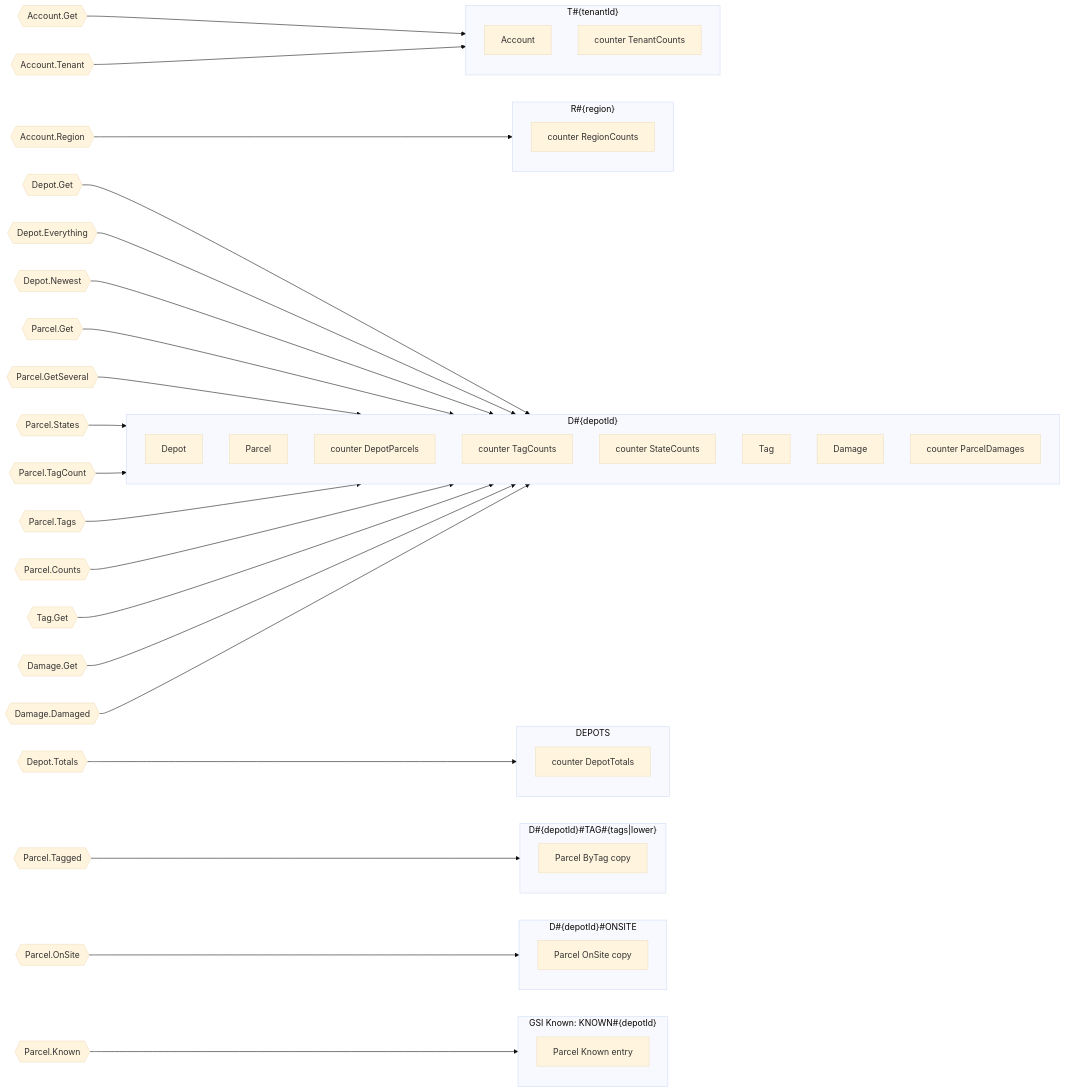
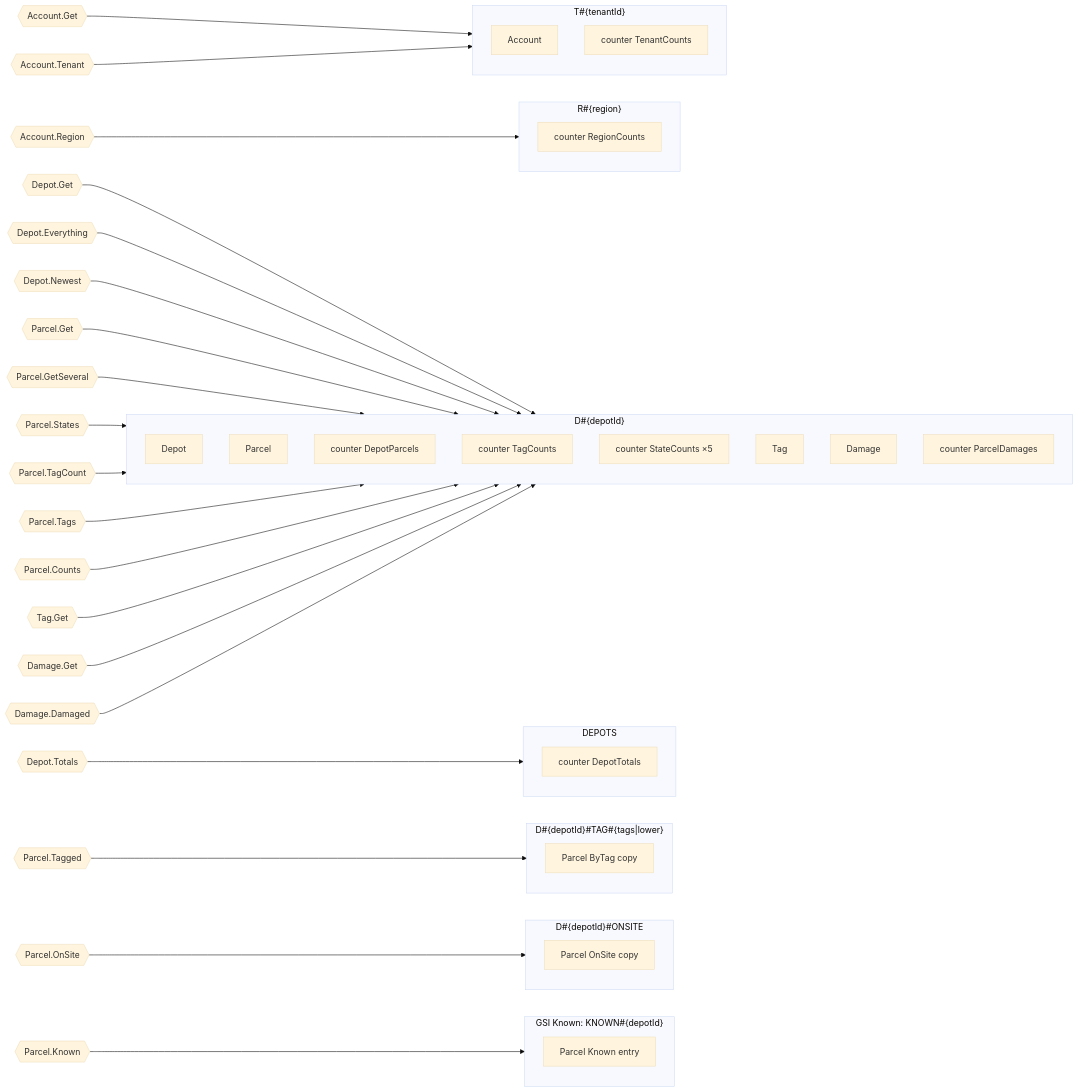
The fourth of 9 diagrams in internal/e2e/fixture/fixture.model.md (nicklanng/dynago), drawn with Mermaid (base theme) before and after one commit. The commit also changed other lines of this file and 10 other files, not shown here.

````diff
--- a/internal/e2e/fixture/fixture.model.md
+++ b/internal/e2e/fixture/fixture.model.md
@@ -196,51 +198,51 @@
 ```mermaid
 flowchart LR
   subgraph p0["T#35;{tenantId}"]
     p0m0["Account"]
     p0m1["counter TenantCounts"]
   end
   subgraph p1["R#35;{region}"]
     p1m0["counter RegionCounts"]
   end
   subgraph p2["D#35;{depotId}"]
     p2m0["Depot"]
     p2m1["Parcel"]
     p2m2["counter DepotParcels"]
     p2m3["counter TagCounts"]
-    p2m4["counter StateCounts"]
+    p2m4["counter StateCounts ×5"]
     p2m5["Tag"]
     p2m6["Damage"]
     p2m7["counter ParcelDamages"]
   end
   subgraph p3["DEPOTS"]
     p3m0["counter DepotTotals"]
   end
   subgraph p4["D#35;{depotId}#35;ONSITE"]
     p4m0["Parcel OnSite copy"]
   end
   subgraph p5["D#35;{depotId}#35;TAG#35;{tags|lower}"]
     p5m0["Parcel ByTag copy"]
   end
   subgraph p6["GSI Known: KNOWN#35;{depotId}"]
     p6m0["Parcel Known entry"]
   end
   r_Account_Get{{"Account.Get"}} --> p0
   r_Account_Tenant{{"Account.Tenant"}} --> p0
   r_Account_Region{{"Account.Region"}} --> p1
   r_Depot_Get{{"Depot.Get"}} --> p2
   r_Depot_Totals{{"Depot.Totals"}} --> p3
   r_Depot_Everything{{"Depot.Everything"}} --> p2
   r_Depot_Newest{{"Depot.Newest"}} --> p2
   r_Parcel_Get{{"Parcel.Get"}} --> p2
   r_Parcel_GetSeveral{{"Parcel.GetSeveral"}} --> p2
   r_Parcel_States{{"Parcel.States"}} --> p2
   r_Parcel_Tagged{{"Parcel.Tagged"}} --> p5
   r_Parcel_TagCount{{"Parcel.TagCount"}} --> p2
   r_Parcel_Tags{{"Parcel.Tags"}} --> p2
   r_Parcel_OnSite{{"Parcel.OnSite"}} --> p4
   r_Parcel_Known{{"Parcel.Known"}} --> p6
   r_Parcel_Counts{{"Parcel.Counts"}} --> p2
   r_Tag_Get{{"Tag.Get"}} --> p2
   r_Damage_Get{{"Damage.Get"}} --> p2
   r_Damage_Damaged{{"Damage.Damaged"}} --> p2
 ```
````
